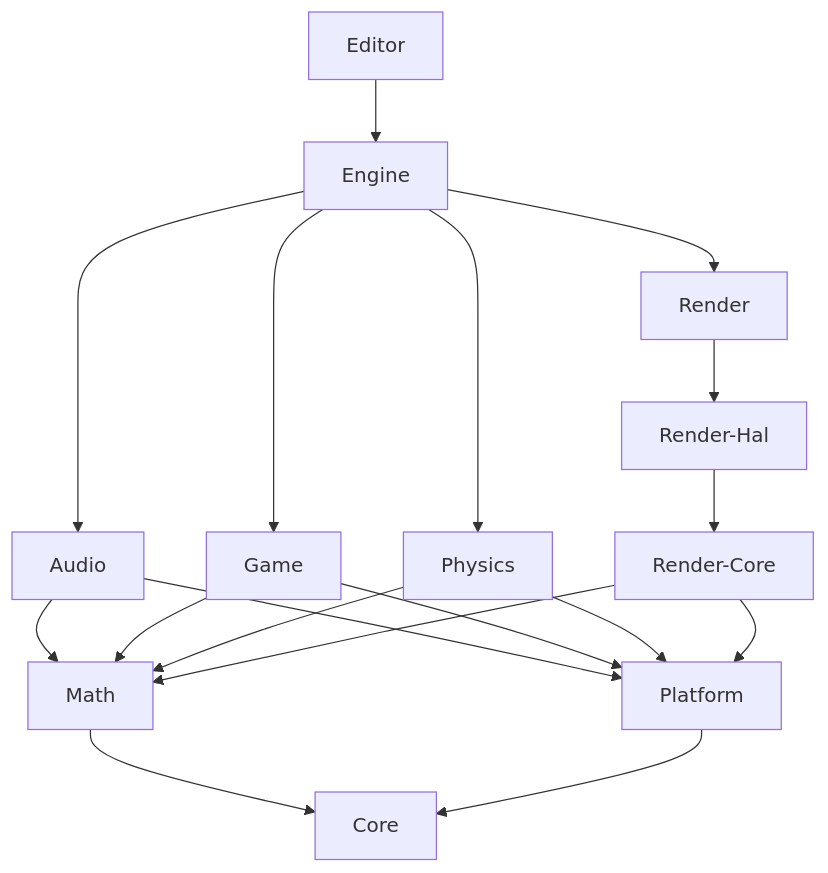
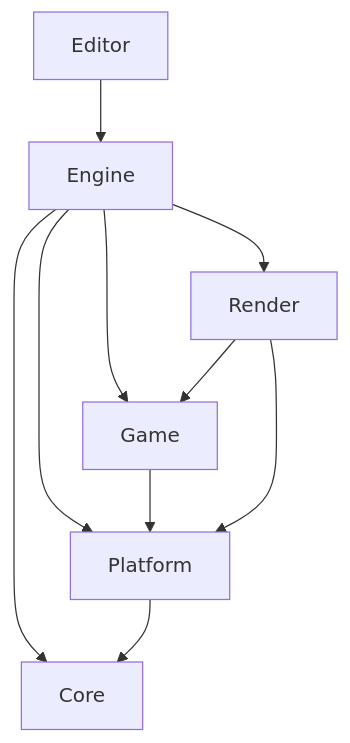
Before and after one commit to SkillerRaptor/hyper_engine: the diagram in docs/architecture.md, drawn with Mermaid. The commit also changed 13 other files, not shown here.

````diff
--- a/docs/architecture.md
+++ b/docs/architecture.md
@@ -9,24 +9,16 @@
 ```mermaid
 graph TD;
     Editor-->Engine;
-    Engine-->Audio;
+
     Engine-->Game;
-    Engine-->Physics;
+    Render-->Game;
+
     Engine-->Render;
 
-    Render-->Render-Hal;
-    Render-Hal-->Render-Core;
+    Engine-->Platform;
+    Game-->Platform;
+    Render-->Platform;
 
-    Audio-->Math;
-    Game-->Math;
-    Physics-->Math;
-    Render-Core-->Math;
-
-    Audio-->Platform;
-    Game-->Platform;
-    Physics-->Platform;
-    Render-Core-->Platform;
-
-    Math-->Core;
+    Engine-->Core;
     Platform-->Core;
 ```
````
